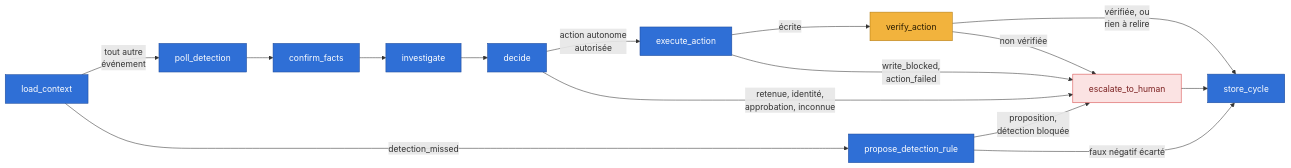
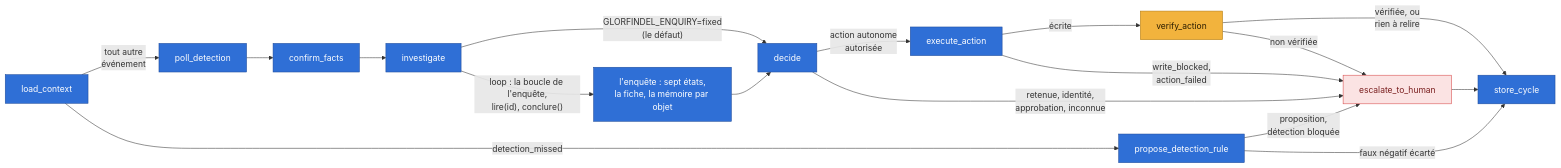
One commit to grootcyber/eregion changed the fourth of 13 diagrams in docs/architecture.md. Above: the diagram before and after it, drawn with Mermaid. The commit also changed other lines of this file and 12 other files, not shown here.

First line of the commit message:
docs(glorfindel): l'enquête en production, son interrupteur et le modop du run de bout en bout (ENQ5b, #1284)

````diff
--- a/docs/architecture.md
+++ b/docs/architecture.md
@@ -191,23 +191,25 @@
 ```mermaid
 flowchart LR
     LC["load_context"] -->|"tout autre<br/>événement"| PD["poll_detection"]
     LC -->|"detection_missed"| PDR["propose_detection_rule"]
     PD --> CF["confirm_facts"]
     CF --> INV["investigate"]
-    INV --> DEC["decide"]
+    INV -->|"GLORFINDEL_ENQUIRY=fixed<br/>(le défaut)"| DEC["decide"]
+    INV -->|"loop : la boucle de l'enquête,<br/>lire(id), conclure()"| ENQ["l'enquête : sept états,<br/>la fiche, la mémoire par objet"]
+    ENQ --> DEC
     DEC -->|"action autonome<br/>autorisée"| EX["execute_action"]
     DEC -->|"retenue, identité,<br/>approbation, inconnue"| ESC["escalate_to_human"]
     EX -->|"écrite"| VA["verify_action"]
     EX -->|"write_blocked,<br/>action_failed"| ESC
     VA -->|"vérifiée, ou<br/>rien à relire"| SC["store_cycle"]
     VA -->|"non vérifiée"| ESC
     PDR -->|"proposition,<br/>détection bloquée"| ESC
     PDR -->|"faux négatif écarté"| SC
     ESC --> SC
     classDef blue fill:#2f6fd6,stroke:#1d4a9a,color:#ffffff
     classDef guard fill:#f2b33d,stroke:#b07a12,color:#2b1d00
     classDef warn fill:#fbe3e3,stroke:#d64545,color:#7a1f1f
-    class LC,PD,CF,INV,DEC,EX,SC,PDR blue
+    class LC,PD,CF,INV,DEC,EX,SC,PDR,ENQ blue
     class VA guard
     class ESC warn
 ```
````
